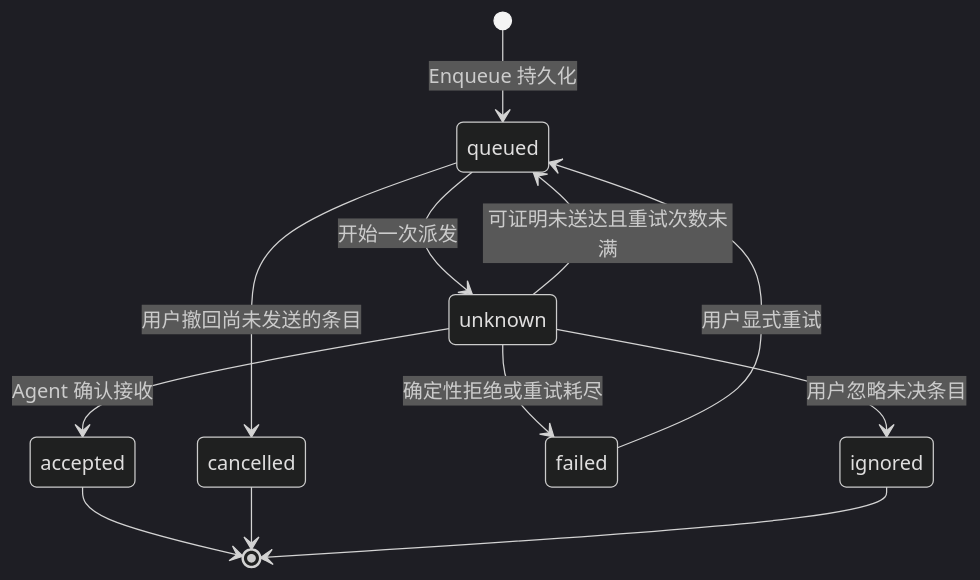
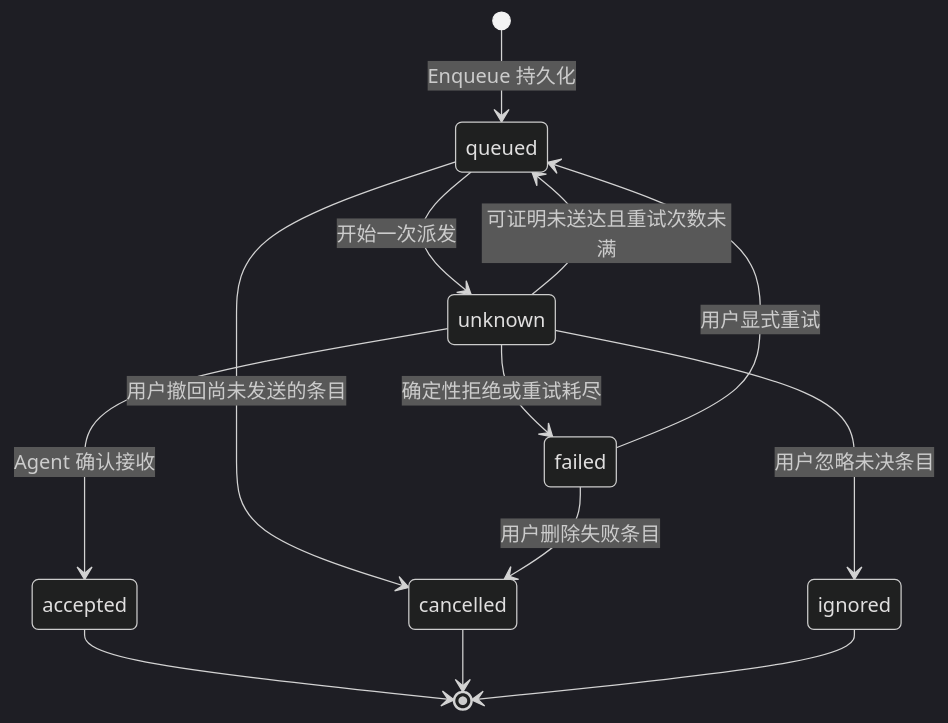
Diagram 18 of 22 in docs/team-runtime-diagrams.md (BenedictKing/mobile-bridge), drawn with Mermaid (dark theme) before and after one commit. The commit also changed other lines of this file and 10 other files, not shown here.

````diff
--- a/docs/team-runtime-diagrams.md
+++ b/docs/team-runtime-diagrams.md
@@ -238,14 +288,15 @@
 ```mermaid
 stateDiagram-v2
     [*] --> queued: Enqueue 持久化
     queued --> unknown: 开始一次派发
     queued --> cancelled: 用户撤回尚未发送的条目
     unknown --> accepted: Agent 确认接收
     unknown --> queued: 可证明未送达且重试次数未满
     unknown --> failed: 确定性拒绝或重试耗尽
     unknown --> ignored: 用户忽略未决条目
     failed --> queued: 用户显式重试
+    failed --> cancelled: 用户删除失败条目
     accepted --> [*]
     cancelled --> [*]
     ignored --> [*]
 ```
````
